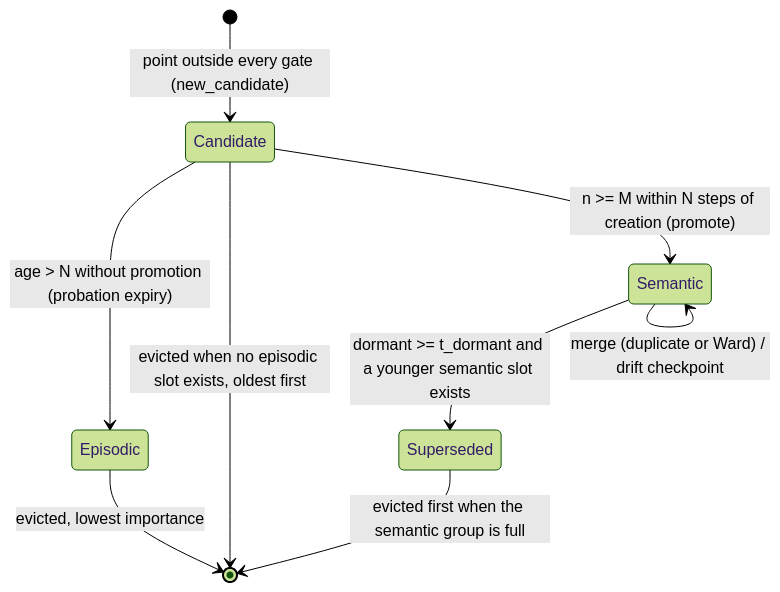
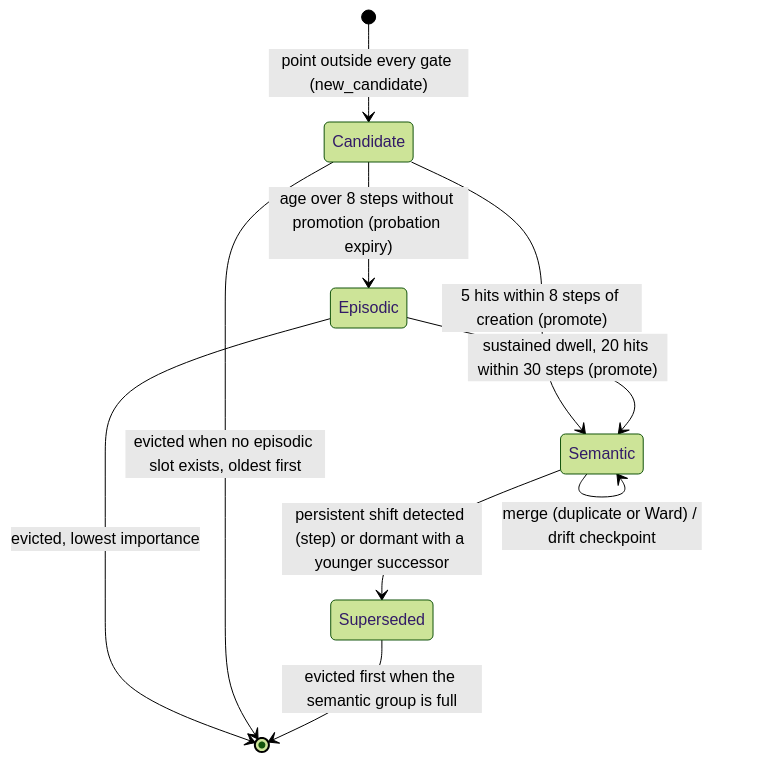
The diagram in docs/EXPLAINED.md (justdoGIT/uEngram), drawn with Mermaid (forest theme) before and after one commit. The commit also changed other lines of this file and 1 other file, not shown here.

````diff
--- a/docs/EXPLAINED.md
+++ b/docs/EXPLAINED.md
@@ -117,11 +147,12 @@
 ```mermaid
 stateDiagram-v2
     [*] --> Candidate: point outside every gate (new_candidate)
-    Candidate --> Semantic: n >= M within N steps of creation (promote)
-    Candidate --> Episodic: age > N without promotion (probation expiry)
-    Semantic --> Superseded: dormant >= t_dormant and a younger semantic slot exists
+    Candidate --> Semantic: 5 hits within 8 steps of creation (promote)
+    Candidate --> Episodic: age over 8 steps without promotion (probation expiry)
+    Episodic --> Semantic: sustained dwell, 20 hits within 30 steps (promote)
+    Semantic --> Superseded: persistent shift detected (step) or dormant with a younger successor
     Semantic --> Semantic: merge (duplicate or Ward) / drift checkpoint
     Episodic --> [*]: evicted, lowest importance
     Candidate --> [*]: evicted when no episodic slot exists, oldest first
     Superseded --> [*]: evicted first when the semantic group is full
 ```
````
